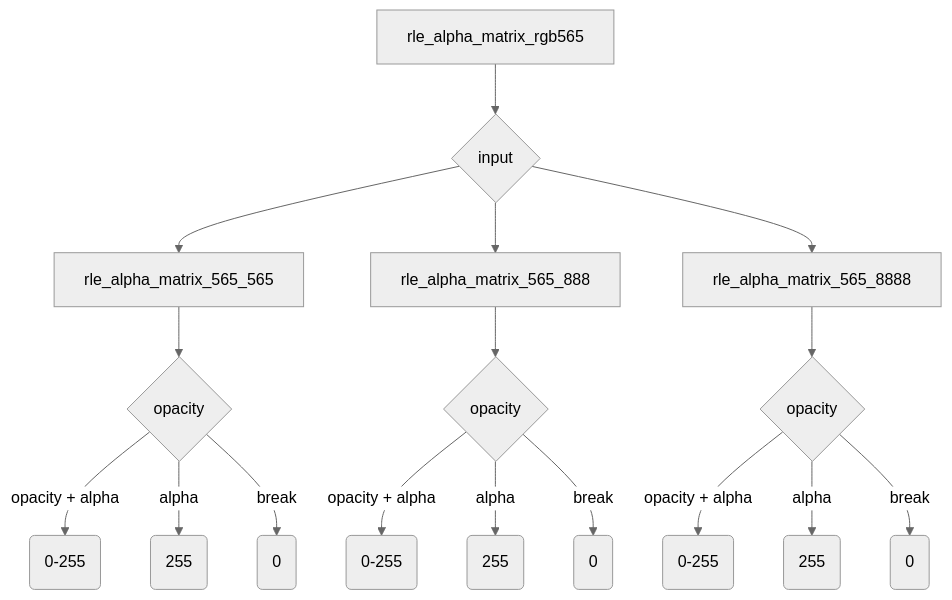
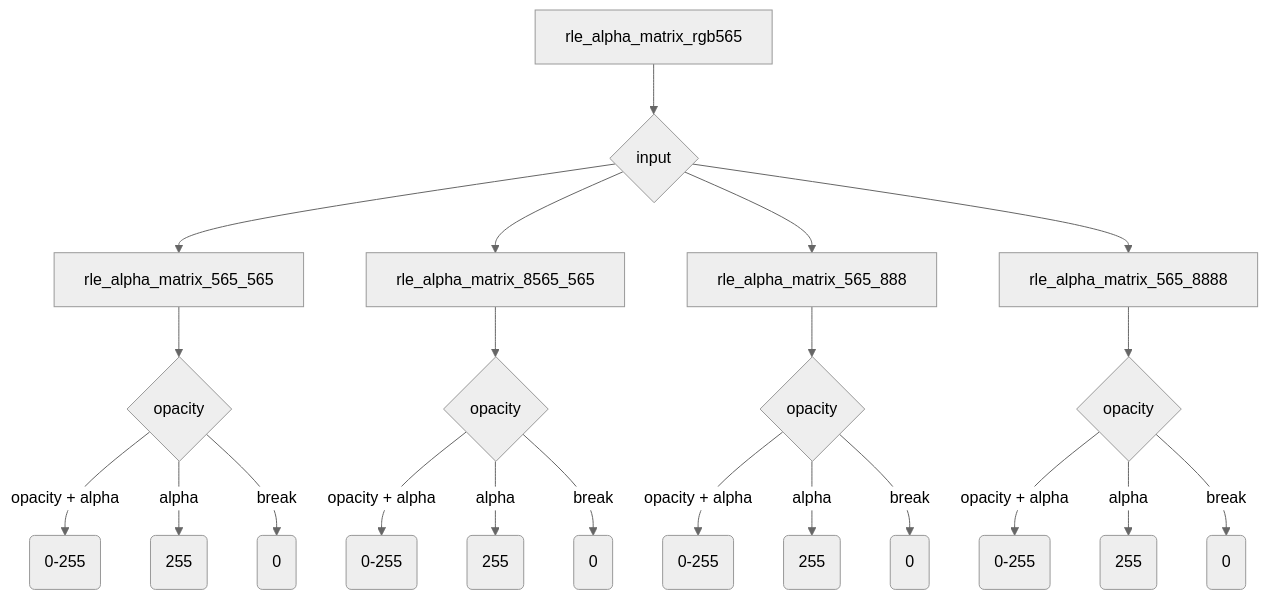
Diagram 19 of 19 in doc/source/Design/index.md (realmcu/HoneyGUI), drawn with Mermaid (neutral theme) before and after one commit. The commit also changed other lines of this file, not shown here.

Commit message:
GUI: sw doc add alpha blend argb8565 mode

````diff
--- a/doc/source/Design/index.md
+++ b/doc/source/Design/index.md
@@ -614,19 +629,24 @@
 ```{mermaid}
 graph TD
 rle_alpha_matrix_rgb565 --> rle_alpha_matrix_565{input}
 rle_alpha_matrix_565 --> | |rle_alpha_matrix_565_565
 rle_alpha_matrix_565_565 --> rle_alpha_matrix_opacity_case565{opacity}
 rle_alpha_matrix_opacity_case565 --> |opacity + alpha| rle_alpha_matrix_opacity_value0_255(0-255)
 rle_alpha_matrix_opacity_case565 --> |alpha|rle_alpha_matrix_opacity_value255(255)
 rle_alpha_matrix_opacity_case565 --> |break|rle_alpha_matrix_opacity_value0(0)
+rle_alpha_matrix_565 --> | |rle_alpha_matrix_8565_565
+rle_alpha_matrix_8565_565 --> rle_alpha_matrix_opacity_case8565{opacity}
+rle_alpha_matrix_opacity_case8565 --> |opacity + alpha| rle_alpha_matrix_opacity_argb8565value0_255(0-255)
+rle_alpha_matrix_opacity_case8565 --> |alpha|rle_alpha_matrix_opacity_argb8565value255(255)
+rle_alpha_matrix_opacity_case8565 --> |break|rle_alpha_matrix_opacity_argb8565value0(0)
 rle_alpha_matrix_565 --> | |rle_alpha_matrix_565_888
 rle_alpha_matrix_565_888--> rle_alpha_matrix_opacity_case888{opacity}
 rle_alpha_matrix_opacity_case888 --> |opacity + alpha|rle_alpha_matrix_opacity_value888_0_255(0-255)
 rle_alpha_matrix_opacity_case888 --> |alpha|rle_alpha_matrix_opacity_value888_255(255)
 rle_alpha_matrix_opacity_case888 --> |break|rle_alpha_matrix_opacity_value888_0(0)
 rle_alpha_matrix_565 --> | |rle_alpha_matrix_565_8888
 rle_alpha_matrix_565_8888 --> rle_alpha_matrix_opacity_case8888{opacity}
 rle_alpha_matrix_opacity_case8888 --> |opacity + alpha|rle_alpha_matrix_opacity_value8888_0_255(0-255)
 rle_alpha_matrix_opacity_case8888 --> |alpha|rle_alpha_matrix_opacity_value8888_255(255)
 rle_alpha_matrix_opacity_case8888 --> |break|rle_alpha_matrix_opacity_value8888_0(0)
 ```
````
